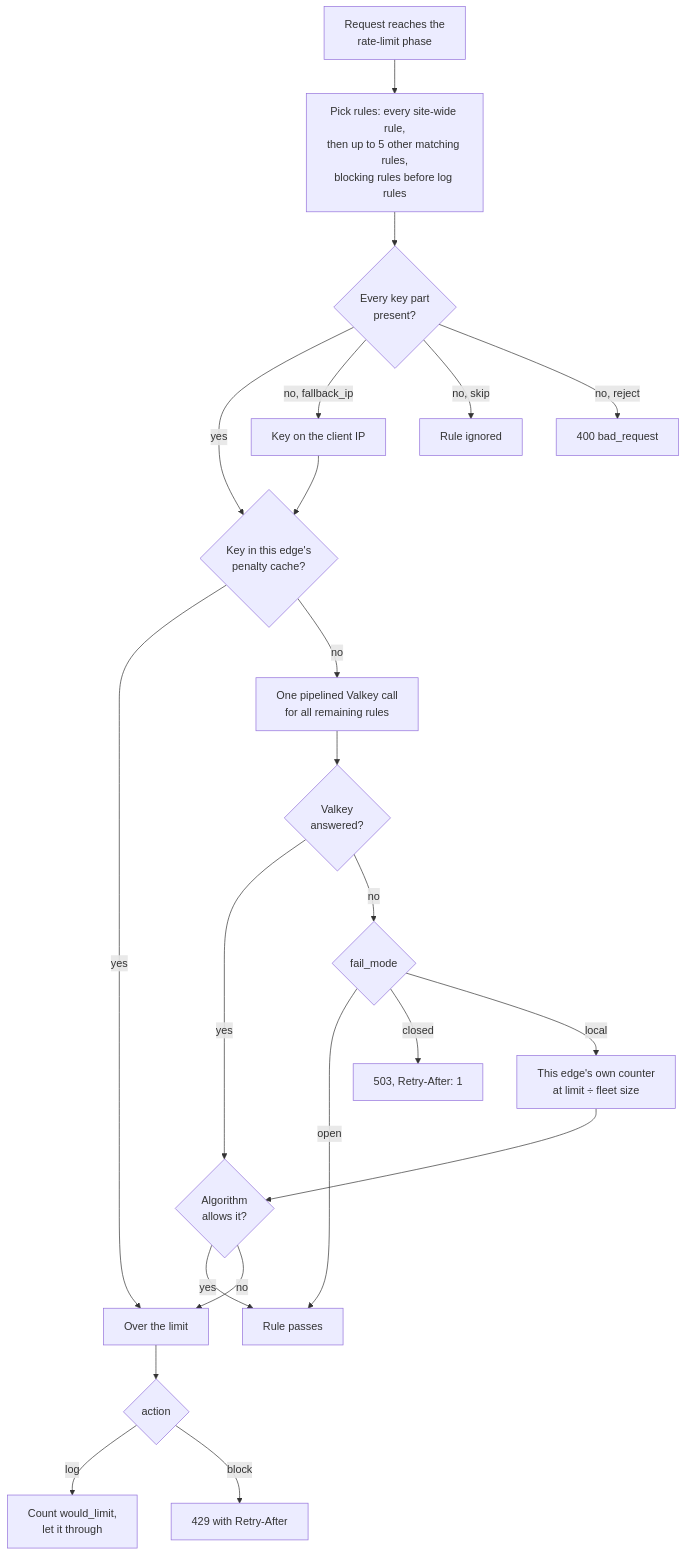
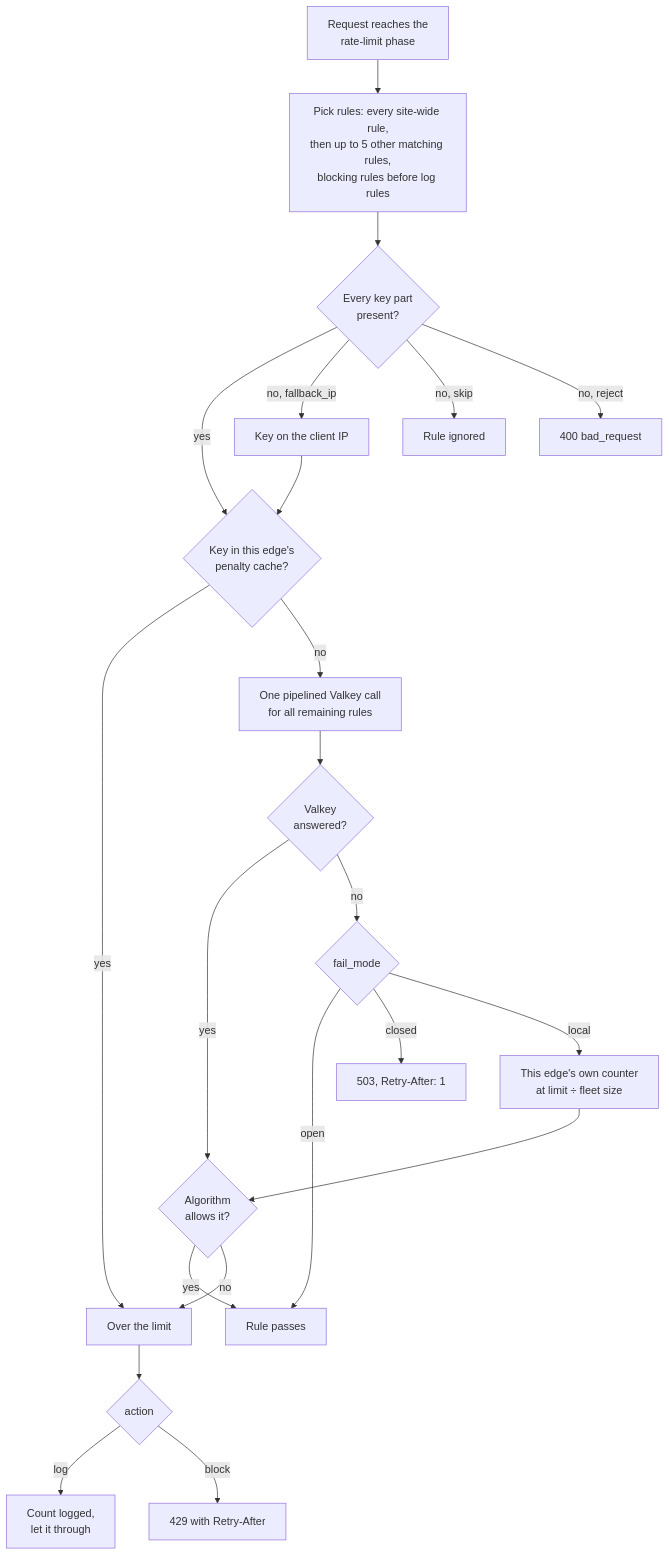
The first of 7 diagrams in docs/use/rate-limiting.md (chrisleekr/edge-proxy), drawn with Mermaid before and after one commit. The commit also changed other lines of this file and 87 other files, not shown here.

Commit message:
feat: name log-only counts logged and list matched rules, action and decided_by in the access log (#42)

````diff
--- a/docs/use/rate-limiting.md
+++ b/docs/use/rate-limiting.md
@@ -47,24 +47,24 @@
 ```mermaid
 flowchart TD
     Start["Request reaches the<br/>rate-limit phase"] --> Pick["Pick rules: every site-wide rule,<br/>then up to 5 other matching rules,<br/>blocking rules before log rules"]
     Pick --> HasKey{"Every key part<br/>present?"}
     HasKey -->|"yes"| PenCache{"Key in this edge's<br/>penalty cache?"}
     HasKey -->|"no, fallback_ip"| ByIP["Key on the client IP"]
     HasKey -->|"no, skip"| Ignored["Rule ignored"]
     HasKey -->|"no, reject"| Bad["400 bad_request"]
     ByIP --> PenCache
     PenCache -->|"yes"| Over["Over the limit"]
     PenCache -->|"no"| Batch["One pipelined Valkey call<br/>for all remaining rules"]
     Batch --> Answered{"Valkey<br/>answered?"}
     Answered -->|"yes"| Algo{"Algorithm<br/>allows it?"}
     Answered -->|"no"| Mode{"fail_mode"}
     Mode -->|"open"| Pass["Rule passes"]
     Mode -->|"closed"| Unavail["503, Retry-After: 1"]
     Mode -->|"local"| Local["This edge's own counter<br/>at limit ÷ fleet size"]
     Local --> Algo
     Algo -->|"yes"| Pass
     Algo -->|"no"| Over
     Over --> Action{"action"}
-    Action -->|"log"| Shadow["Count would_limit,<br/>let it through"]
+    Action -->|"log"| Shadow["Count logged,<br/>let it through"]
     Action -->|"block"| Limited["429 with Retry-After"]
 ```
````
